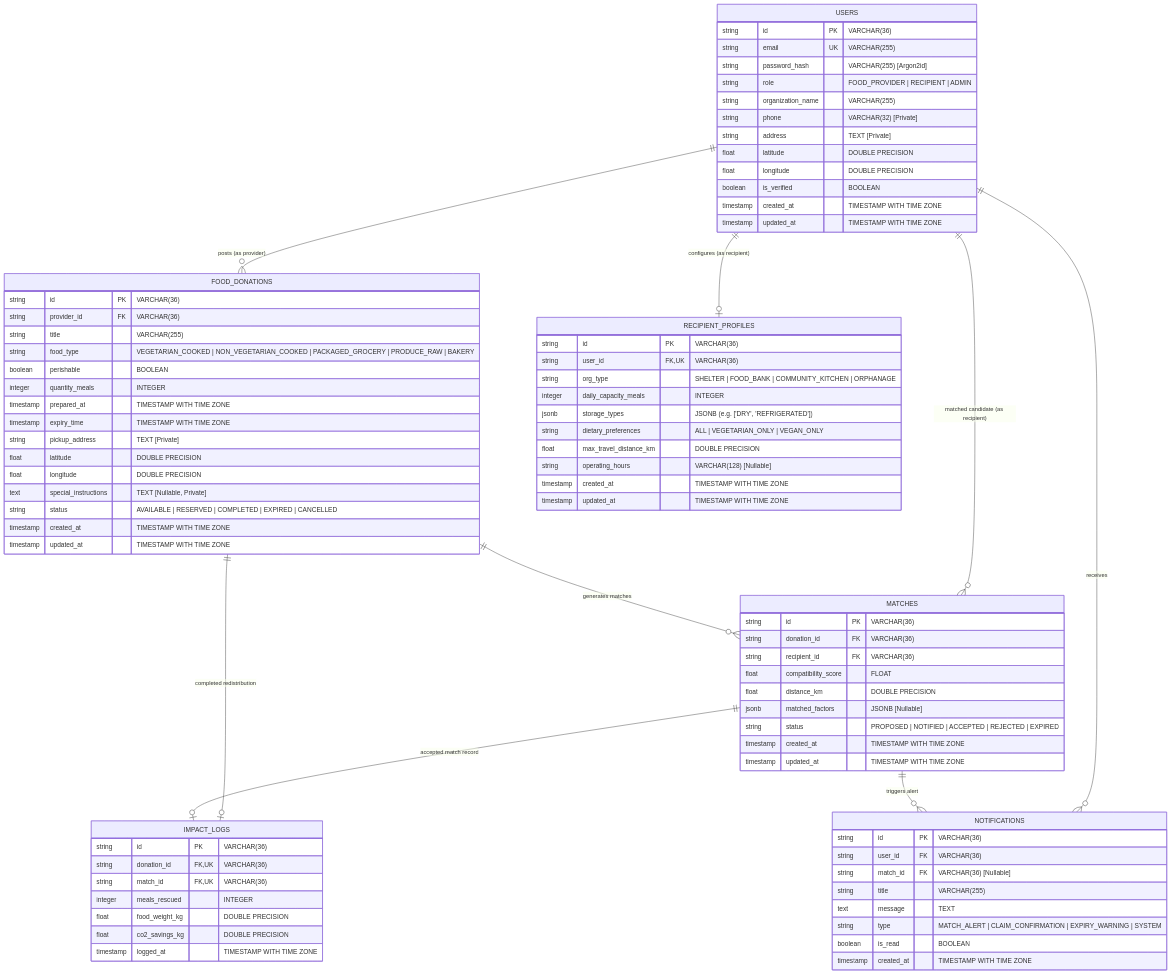
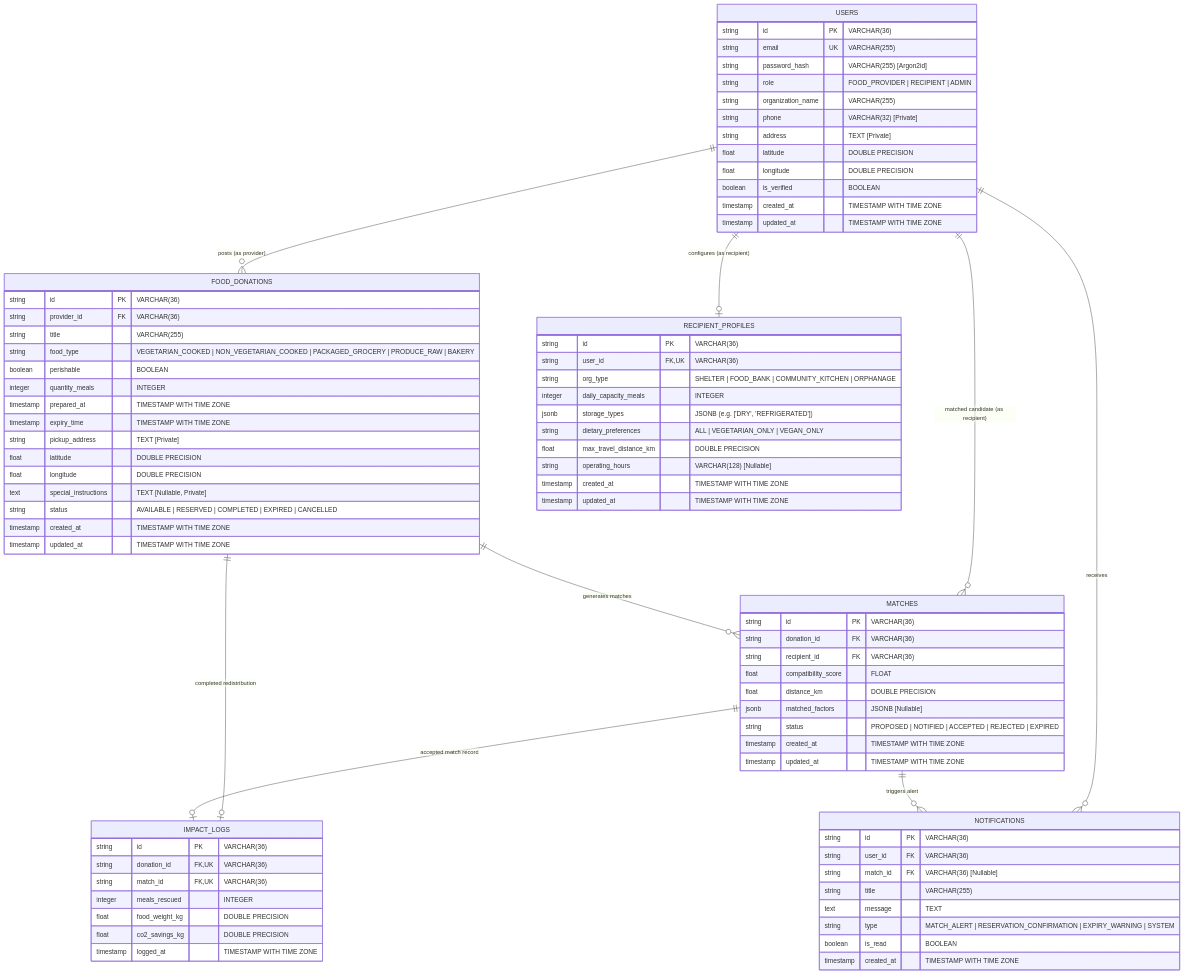
One commit to KShruti772/FoodSync-AI changed the diagram in docs/DATABASE_SCHEMA.md. Above: the diagram before and after it, drawn with Mermaid. The commit also changed other lines of this file and 18 other files, not shown here.

```diff
--- a/docs/DATABASE_SCHEMA.md
+++ b/docs/DATABASE_SCHEMA.md
@@ -104,7 +104,7 @@
         string match_id FK "VARCHAR(36) [Nullable]"
         string title "VARCHAR(255)"
         text message "TEXT"
-        string type "MATCH_ALERT | CLAIM_CONFIRMATION | EXPIRY_WARNING | SYSTEM"
+        string type "MATCH_ALERT | RESERVATION_CONFIRMATION | EXPIRY_WARNING | SYSTEM"
         boolean is_read "BOOLEAN"
         timestamp created_at "TIMESTAMP WITH TIME ZONE"
     }
```
